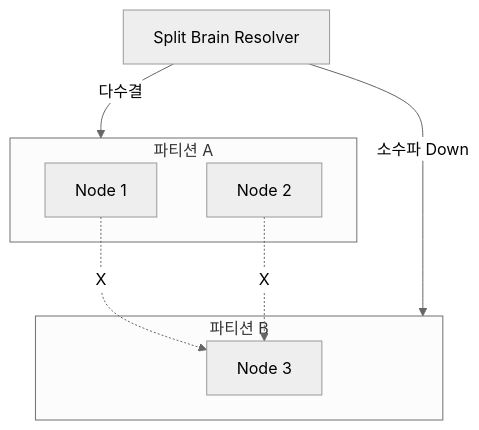
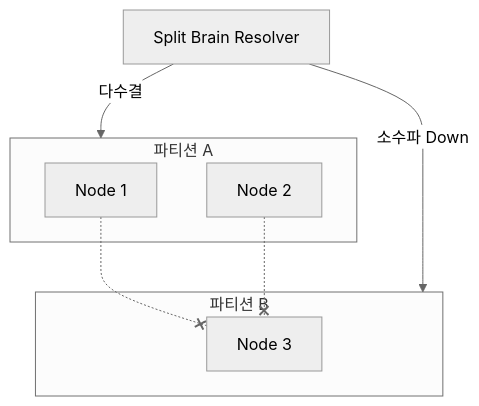
Before and after one commit to iceflower/pekko-kotlin-demo: the fourth of 4 diagrams in cluster/README.md, drawn with Mermaid (neutral theme). The commit also changed other lines of this file and 13 other files, not shown here.

````diff
--- a/cluster/README.md
+++ b/cluster/README.md
@@ -191,17 +191,17 @@
 ```mermaid
 flowchart TB
     subgraph Partition1[파티션 A]
         N1[Node 1]
         N2[Node 2]
     end
 
     subgraph Partition2[파티션 B]
         N3[Node 3]
     end
 
-    N1 -.X.-> N3
-    N2 -.X.-> N3
+    N1 -.-x N3
+    N2 -.-x N3
 
-    SBR[Split Brain Resolver] --> |다수결| Partition1
-    SBR --> |소수파 Down| Partition2
+    SBR[Split Brain Resolver] -->|다수결| Partition1
+    SBR -->|소수파 Down| Partition2
 ```
````
